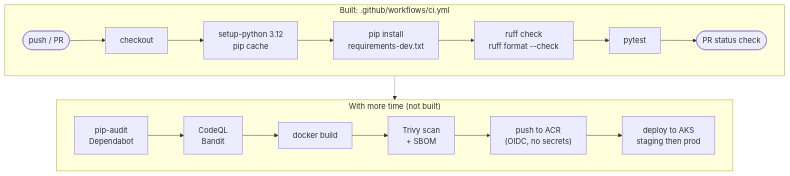
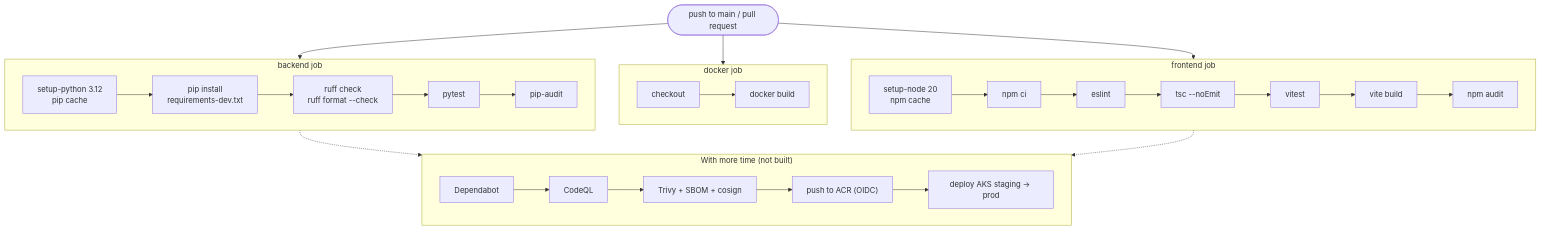
The eighth of 10 diagrams in docs/implementation-plan.md (smitshah06/Sample-File-Access-Service), drawn with Mermaid before and after one commit. The commit also changed other lines of this file and 64 other files, not shown here.

````diff
--- a/docs/implementation-plan.md
+++ b/docs/implementation-plan.md
@@ -703,12 +738,24 @@
 ```mermaid
 flowchart TB
-  subgraph now["Built: .github/workflows/ci.yml"]
+  t(["push to main / pull request"]) --> be
+  t --> fe
+  t --> dk
+  subgraph be["backend job"]
     direction LR
-    t(["push / PR"]) --> co["checkout"] --> py["setup-python 3.12<br/>pip cache"] --> inst["pip install<br/>requirements-dev.txt"] --> lint["ruff check<br/>ruff format --check"] --> test["pytest"] --> done(["PR status check"])
+    b1["setup-python 3.12<br/>pip cache"] --> b2["pip install<br/>requirements-dev.txt"] --> b3["ruff check<br/>ruff format --check"] --> b4["pytest"] --> b5["pip-audit"]
+  end
+  subgraph dk["docker job"]
+    direction LR
+    d1["checkout"] --> d2["docker build"]
+  end
+  subgraph fe["frontend job"]
+    direction LR
+    f1["setup-node 20<br/>npm cache"] --> f2["npm ci"] --> f3["eslint"] --> f4["tsc --noEmit"] --> f5["vitest"] --> f6["vite build"] --> f7["npm audit"]
   end
   subgraph later["With more time (not built)"]
     direction LR
-    audit["pip-audit<br/>Dependabot"] --> sast["CodeQL<br/>Bandit"] --> img["docker build"] --> scan["Trivy scan<br/>+ SBOM"] --> acr["push to ACR<br/>(OIDC, no secrets)"] --> deploy["deploy to AKS<br/>staging then prod"]
+    l1["Dependabot"] --> l2["CodeQL"] --> l4["Trivy + SBOM + cosign"] --> l5["push to ACR (OIDC)"] --> l6["deploy AKS staging → prod"]
   end
-  now -.-> later
+  be -.-> later
+  fe -.-> later
 ```
````
